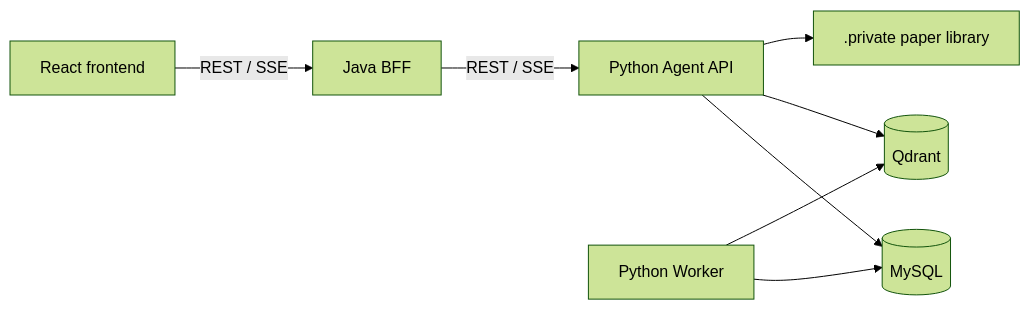
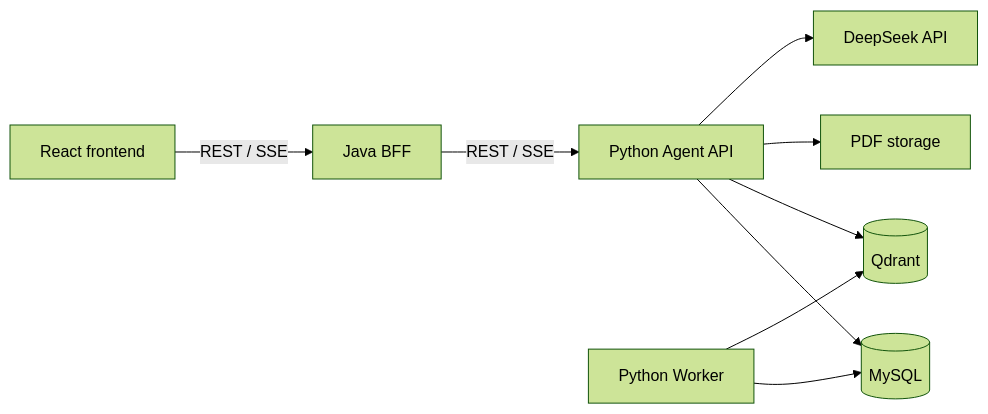
The diagram in README.md (Liumy1212/ScholarAgent), drawn with Mermaid (forest theme) before and after one commit. The commit also changed other lines of this file and 23 other files, not shown here.

````diff
--- a/README.md
+++ b/README.md
@@ -35,10 +31,11 @@
 ```mermaid
 flowchart LR
     React[React frontend] -->|REST / SSE| Java[Java BFF]
     Java -->|REST / SSE| Agent[Python Agent API]
     Agent --> MySQL[(MySQL)]
     Agent --> Qdrant[(Qdrant)]
-    Agent --> Files[.private paper library]
+    Agent --> Files[PDF storage]
+    Agent --> DeepSeek[DeepSeek API]
     Worker[Python Worker] --> MySQL
     Worker --> Qdrant
 ```
````
